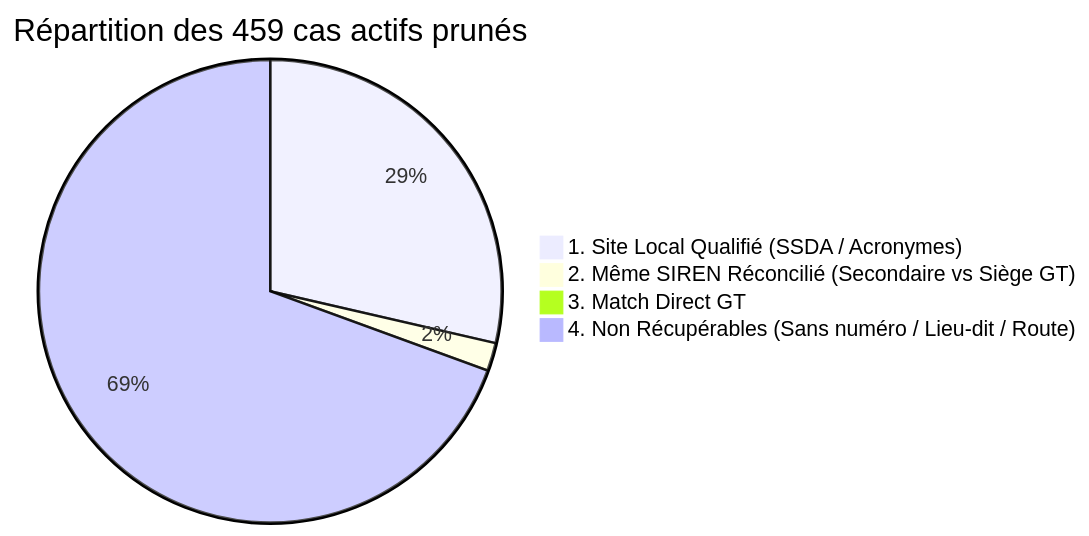
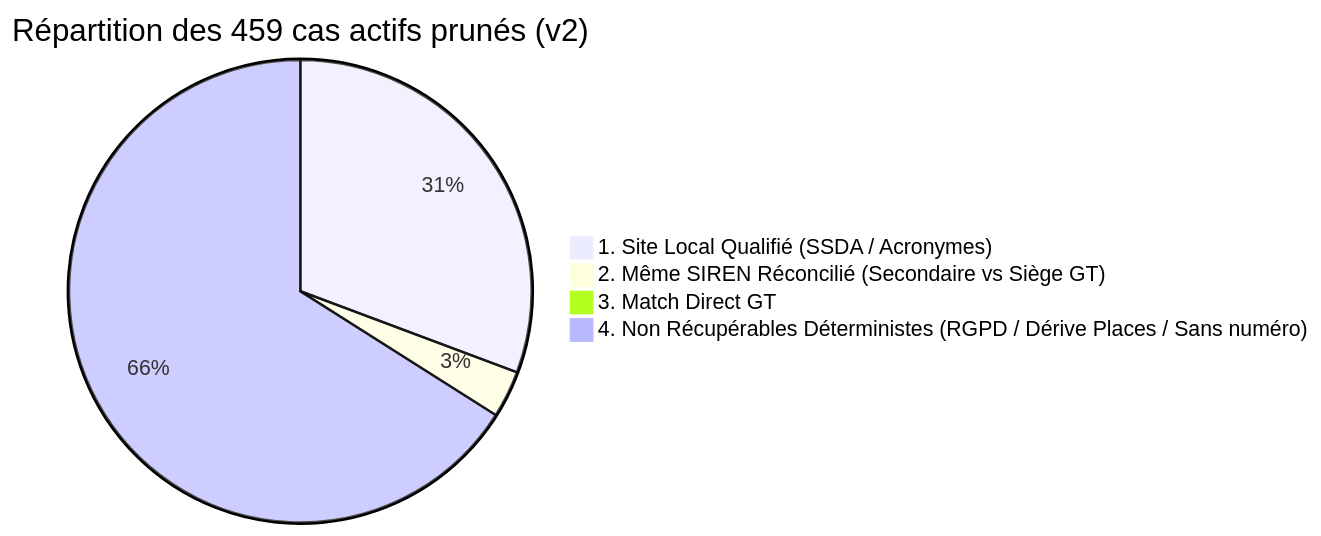
One commit to koolcalmandace/Sireto changed the diagram in docs/analysis/analysis_holding_reconciliation_benchmark_459.md. Above: the diagram before and after it, drawn with Mermaid. The commit also changed other lines of this file and 2 other files, not shown here.

````diff
--- a/docs/analysis/analysis_holding_reconciliation_benchmark_459.md
+++ b/docs/analysis/analysis_holding_reconciliation_benchmark_459.md
@@ -17,7 +17,7 @@
 ```mermaid
-pie title Répartition des 459 cas actifs prunés
-    "1. Site Local Qualifié (SSDA / Acronymes)" : 131
-    "2. Même SIREN Réconcilié (Secondaire vs Siège GT)" : 9
-    "3. Match Direct GT" : 1
-    "4. Non Récupérables (Sans numéro / Lieu-dit / Route)" : 318
+pie title Répartition des 459 cas actifs prunés (v2)
+    "1. Site Local Qualifié (SSDA / Acronymes)" : 140
+    "2. Même SIREN Réconcilié (Secondaire vs Siège GT)" : 15
+    "3. Match Direct GT" : 3
+    "4. Non Récupérables Déterministes (RGPD / Dérive Places / Sans numéro)" : 301
 ```
````
